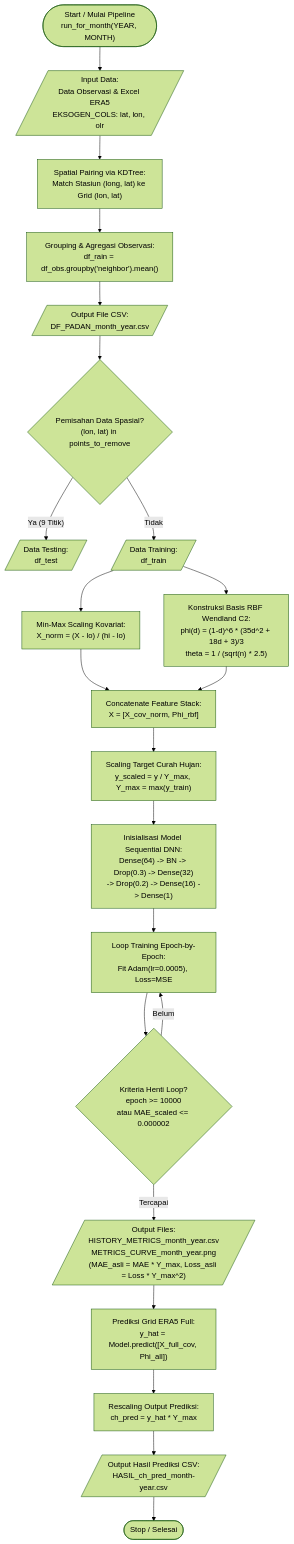
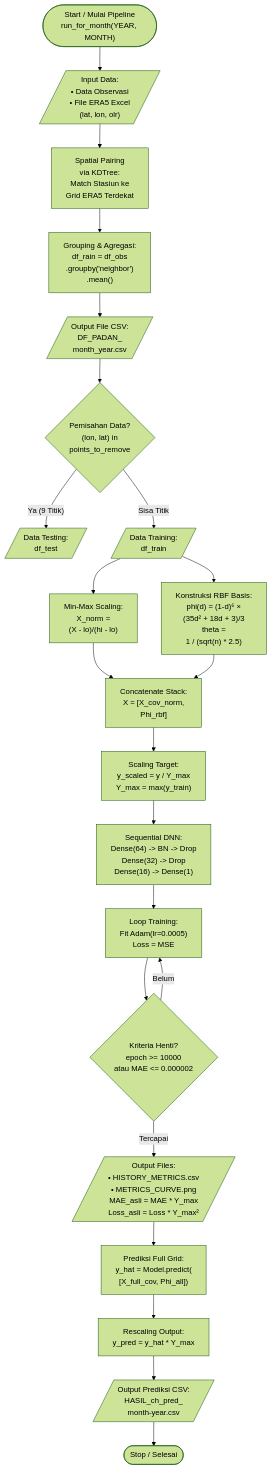
Before and after one commit to pxndameong/dk-2026: the first of 3 diagrams in README.md, drawn with Mermaid (forest theme). The commit also changed other lines of this file, not shown here.

````diff
--- a/README.md
+++ b/README.md
@@ -32,29 +32,29 @@
 ```mermaid
 flowchart TD
-    A(["Start / Mulai Pipeline<br/>run_for_month(YEAR, MONTH)"]) --> B[/"Input Data:<br/>Data Observasi & Excel ERA5<br/>EKSOGEN_COLS: lat, lon, olr"/]
-    B --> C["Spatial Pairing via KDTree:<br/>Match Stasiun (long, lat) ke Grid (lon, lat)"]
-    C --> D["Grouping & Agregasi Observasi:<br/>df_rain = df_obs.groupby('neighbor').mean()"]
-    D --> E[/"Output File CSV:<br/>DF_PADAN_month_year.csv"/]
+    A(["Start / Mulai Pipeline<br/>run_for_month(YEAR, MONTH)"]) --> B[/"Input Data:<br/>• Data Observasi<br/>• File ERA5 Excel<br/>(lat, lon, olr)"/]
+    B --> C["Spatial Pairing<br/>via KDTree:<br/>Match Stasiun ke<br/>Grid ERA5 Terdekat"]
+    C --> D["Grouping & Agregasi:<br/>df_rain = df_obs<br/>.groupby('neighbor')<br/>.mean()"]
+    D --> E[/"Output File CSV:<br/>DF_PADAN_<br/>month_year.csv"/]
     
-    E --> F{"Pemisahan Data Spasial?<br/>(lon, lat) in points_to_remove"}
+    E --> F{"Pemisahan Data?<br/>(lon, lat) in<br/>points_to_remove"}
     F -->|"Ya (9 Titik)"| G[/"Data Testing:<br/>df_test"/]
-    F -->|"Tidak"| H[/"Data Training:<br/>df_train"/]
+    F -->|"Sisa Titik"| H[/"Data Training:<br/>df_train"/]
     
-    H --> I["Min-Max Scaling Kovariat:<br/>X_norm = (X - lo) / (hi - lo)"]
-    H --> J["Konstruksi Basis RBF Wendland C2:<br/>phi(d) = (1-d)^6 * (35d^2 + 18d + 3)/3<br/>theta = 1 / (sqrt(n) * 2.5)"]
+    H --> I["Min-Max Scaling:<br/>X_norm =<br/>(X - lo)/(hi - lo)"]
+    H --> J["Konstruksi RBF Basis:<br/>phi(d) = (1-d)⁶ ×<br/>(35d² + 18d + 3)/3<br/>theta =<br/>1 / (sqrt(n) * 2.5)"]
     
-    I & J --> K["Concatenate Feature Stack:<br/>X = [X_cov_norm, Phi_rbf]"]
-    K --> L["Scaling Target Curah Hujan:<br/>y_scaled = y / Y_max, Y_max = max(y_train)"]
+    I & J --> K["Concatenate Stack:<br/>X = [X_cov_norm,<br/>Phi_rbf]"]
+    K --> L["Scaling Target:<br/>y_scaled = y / Y_max<br/>Y_max = max(y_train)"]
     
-    L --> M["Inisialisasi Model Sequential DNN:<br/>Dense(64) -> BN -> Drop(0.3) -> Dense(32)<br/>-> Drop(0.2) -> Dense(16) -> Dense(1)"]
-    M --> N["Loop Training Epoch-by-Epoch:<br/>Fit Adam(lr=0.0005), Loss=MSE"]
+    L --> M["Sequential DNN:<br/>Dense(64) -> BN -> Drop<br/>Dense(32) -> Drop<br/>Dense(16) -> Dense(1)"]
+    M --> N["Loop Training:<br/>Fit Adam(lr=0.0005)<br/>Loss = MSE"]
     
-    N --> O{"Kriteria Henti Loop?<br/>epoch >= 10000<br/>atau MAE_scaled <= 0.000002"}
+    N --> O{"Kriteria Henti?<br/>epoch >= 10000<br/>atau MAE <= 0.000002"}
     O -->|"Belum"| N
-    O -->|"Tercapai"| P[/"Output Files:<br/>HISTORY_METRICS_month_year.csv<br/>METRICS_CURVE_month_year.png<br/>(MAE_asli = MAE * Y_max, Loss_asli = Loss * Y_max^2)"/]
+    O -->|"Tercapai"| P[/"Output Files:<br/>• HISTORY_METRICS.csv<br/>• METRICS_CURVE.png<br/>MAE_asli = MAE * Y_max<br/>Loss_asli = Loss * Y_max²"/]
     
-    P --> Q["Prediksi Grid ERA5 Full:<br/>y_hat = Model.predict([X_full_cov, Phi_all])"]
-    Q --> R["Rescaling Output Prediksi:<br/>ch_pred = y_hat * Y_max"]
-    R --> S[/"Output Hasil Prediksi CSV:<br/>HASIL_ch_pred_month-year.csv"/]
+    P --> Q["Prediksi Full Grid:<br/>y_hat = Model.predict(<br/>[X_full_cov, Phi_all])"]
+    Q --> R["Rescaling Output:<br/>y_pred = y_hat * Y_max"]
+    R --> S[/"Output Prediksi CSV:<br/>HASIL_ch_pred_<br/>month-year.csv"/]
     S --> T(["Stop / Selesai"])
 ```
````
